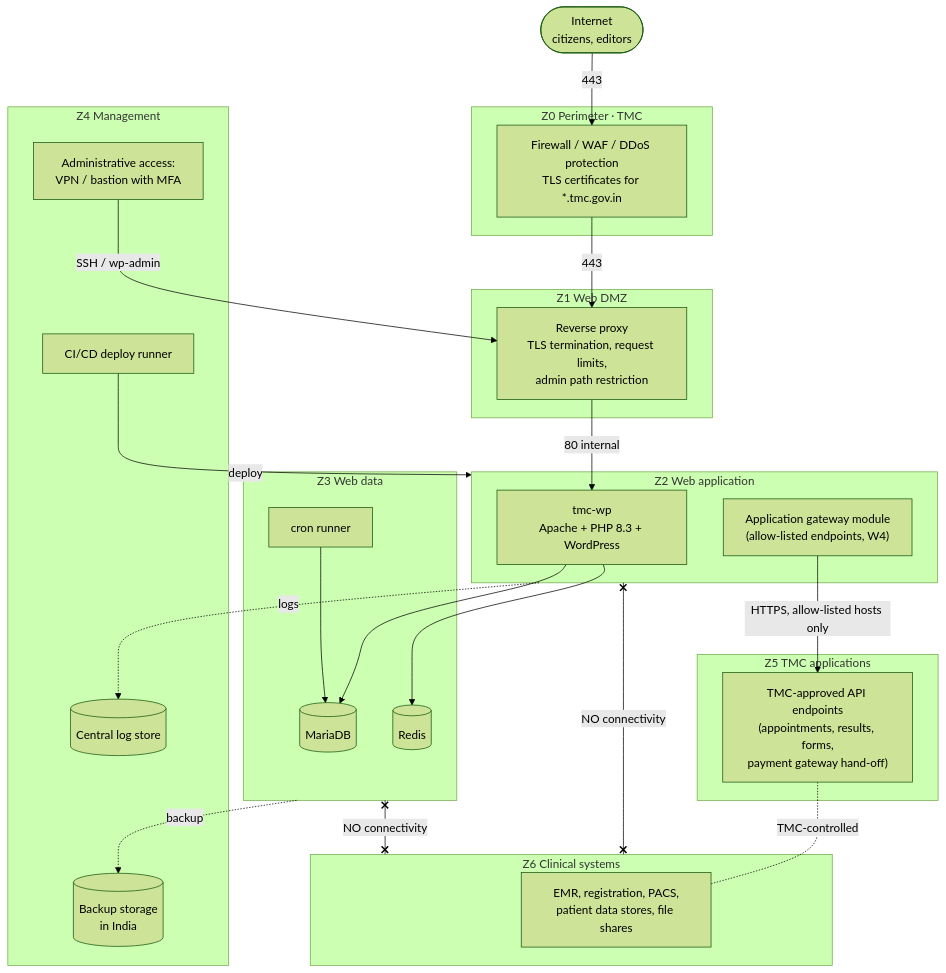
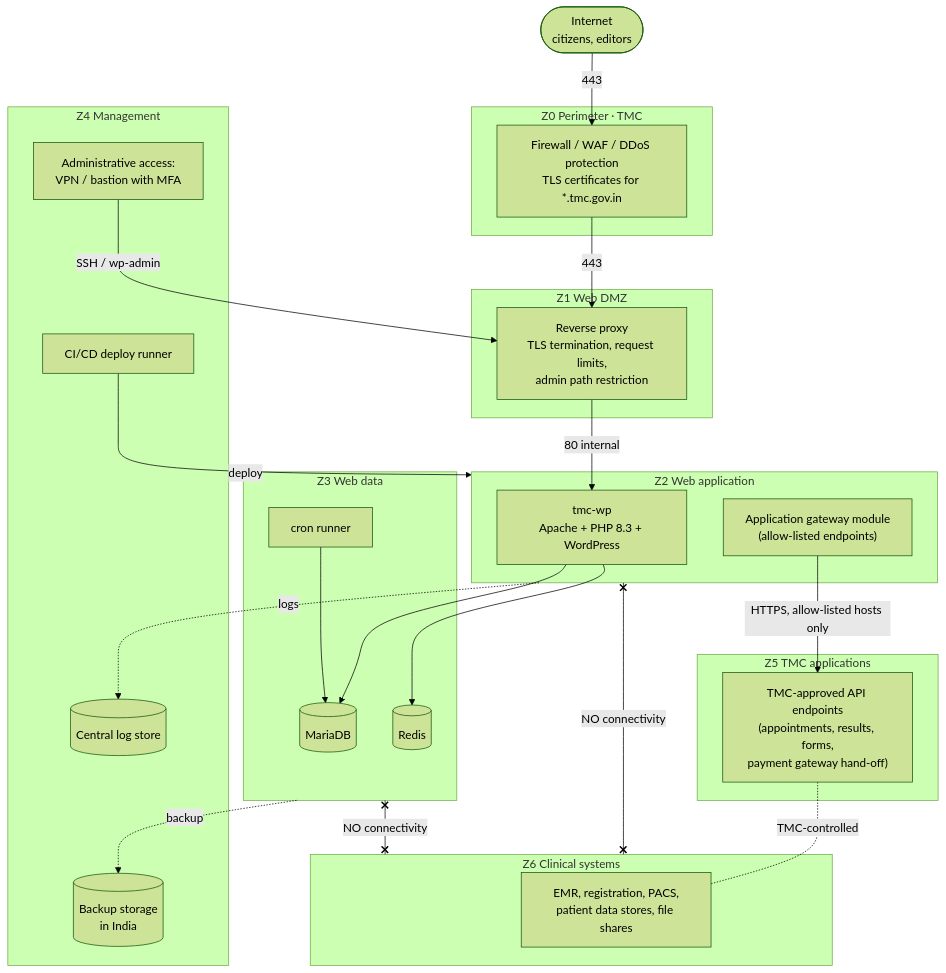
Before and after one commit to aryanpatel-ctrl/tmc-website: the diagram in docs/architecture/security-architecture.md, drawn with Mermaid (forest theme). The commit also changed other lines of this file and 55 other files, not shown here.

````diff
--- a/docs/architecture/security-architecture.md
+++ b/docs/architecture/security-architecture.md
@@ -40,44 +40,44 @@
 ```mermaid
 flowchart TB
     internet(["Internet<br/>citizens, editors"])
     subgraph perimeter["Z0 Perimeter · TMC"]
         fw["Firewall / WAF / DDoS protection<br/>TLS certificates for *.tmc.gov.in"]
     end
     subgraph dmz["Z1 Web DMZ"]
         rp["Reverse proxy<br/>TLS termination, request limits,<br/>admin path restriction"]
     end
     subgraph app["Z2 Web application"]
         wp["tmc-wp<br/>Apache + PHP 8.3 + WordPress"]
-        gw["Application gateway module<br/>(allow-listed endpoints, W4)"]
+        gw["Application gateway module<br/>(allow-listed endpoints)"]
     end
     subgraph data["Z3 Web data"]
         db[("MariaDB")]
         redis[("Redis")]
         cron["cron runner"]
     end
     subgraph mgmt["Z4 Management"]
         vpn["Administrative access:<br/>VPN / bastion with MFA"]
         runner["CI/CD deploy runner"]
         backup[("Backup storage<br/>in India")]
         logs[("Central log store")]
     end
     subgraph tmcapps["Z5 TMC applications"]
         api["TMC-approved API endpoints<br/>(appointments, results, forms,<br/>payment gateway hand-off)"]
     end
     subgraph clinical["Z6 Clinical systems"]
         emr["EMR, registration, PACS,<br/>patient data stores, file shares"]
     end
 
     internet -->|"443"| fw -->|"443"| rp -->|"80 internal"| wp
     wp --> db
     wp --> redis
     cron --> db
     gw -->|"HTTPS, allow-listed hosts only"| api
     vpn -->|"SSH / wp-admin"| rp
     runner -->|"deploy"| app
     data -.->|"backup"| backup
     app -.->|"logs"| logs
     api -.-|"TMC-controlled"| emr
     app x--x|"NO connectivity"| clinical
     data x--x|"NO connectivity"| clinical
 ```
````
